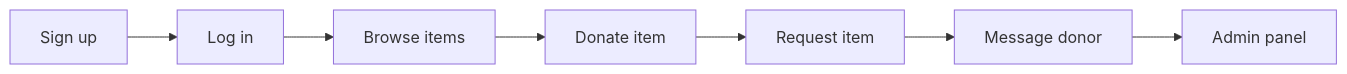
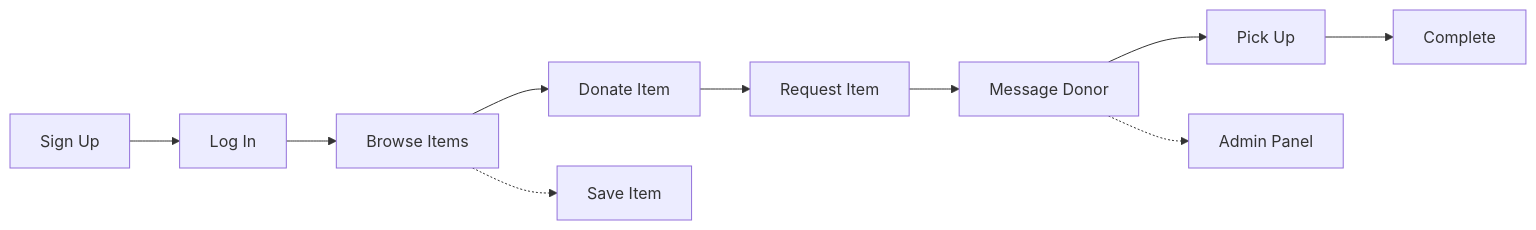
One commit to CapstoneDesign-Spring2026-UlsanCollege/Free_Sewaa changed the diagram in README.md. Above: the diagram before and after it, drawn with Mermaid. The commit also changed other lines of this file, not shown here.

````diff
--- a/README.md
+++ b/README.md
@@ -60,9 +80,12 @@
 ```mermaid
 flowchart LR
-  A[Sign up] --> B[Log in]
-  B --> C[Browse items]
-  C --> D[Donate item]
-  D --> E[Request item]
-  E --> F[Message donor]
-  F --> G[Admin panel]
+  A[Sign Up] --> B[Log In]
+  B --> C[Browse Items]
+  C --> D[Donate Item]
+  D --> E[Request Item]
+  E --> F[Message Donor]
+  F --> G[Pick Up]
+  G --> H[Complete]
+  C -.-> I[Save Item]
+  F -.-> J[Admin Panel]
 ```
````
